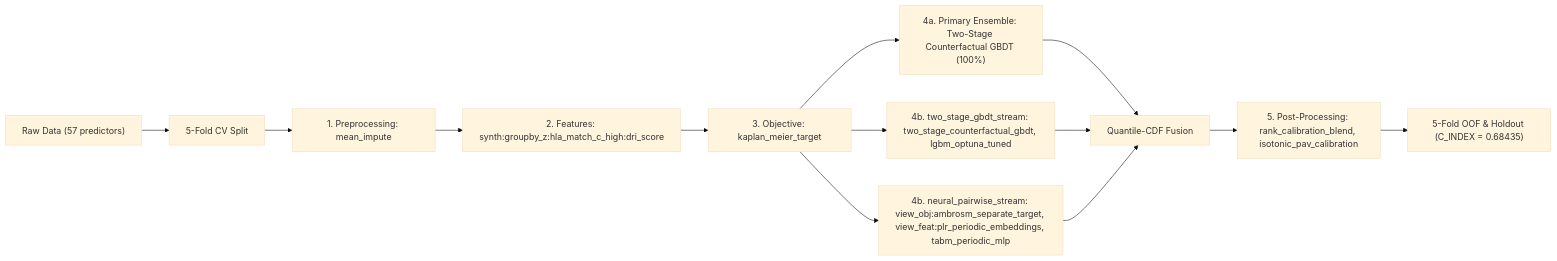
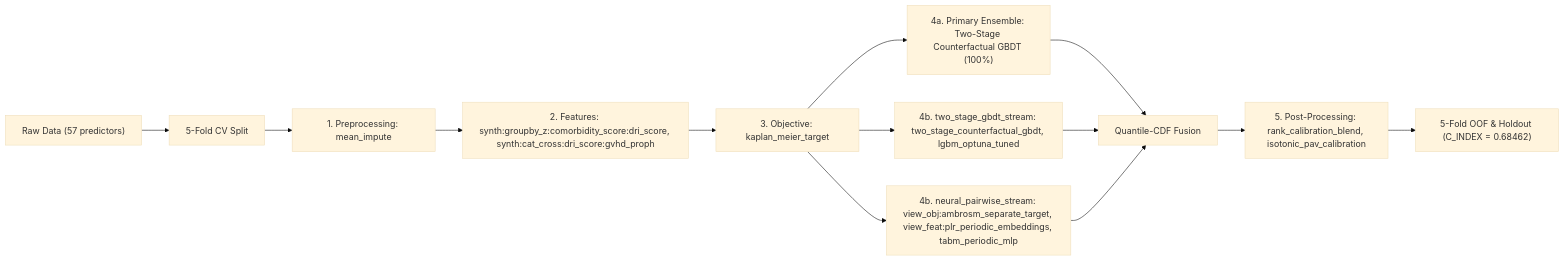
One commit to stefanoclss/CIBMTR-Equity-in-Post-HCT-Survival-Predictions changed the diagram in README.md. Above: the diagram before and after it, drawn with Mermaid (base theme). The commit also changed other lines of this file, not shown here.

First line of the commit message:
docs(readme): refresh verified OOF benchmark & build ledger (C_INDEX=0.68462)

````diff
--- a/README.md
+++ b/README.md
@@ -72,15 +73,15 @@
 ```mermaid
 flowchart LR
     DATA["Raw Data (57 predictors)"] --> SPLIT["5-Fold CV Split"]
     SPLIT --> PRE["1. Preprocessing: mean_impute"]
-    PRE --> FEAT["2. Features: synth:groupby_z:hla_match_c_high:dri_score"]
+    PRE --> FEAT["2. Features: synth:groupby_z:comorbidity_score:dri_score, synth:cat_cross:dri_score:gvhd_proph"]
     FEAT --> OBJ["3. Objective: kaplan_meier_target"]
     OBJ --> M0["4a. Primary Ensemble: Two-Stage Counterfactual GBDT (100%)"]
     M0 --> FUSE["Quantile-CDF Fusion"]
     OBJ --> S1["4b. two_stage_gbdt_stream: two_stage_counterfactual_gbdt, lgbm_optuna_tuned"]
     S1 --> FUSE
     OBJ --> S2["4b. neural_pairwise_stream: view_obj:ambrosm_separate_target, view_feat:plr_periodic_embeddings, tabm_periodic_mlp"]
     S2 --> FUSE
     FUSE --> POST["5. Post-Processing: rank_calibration_blend, isotonic_pav_calibration"]
-    POST --> OUT["5-Fold OOF & Holdout (C_INDEX = 0.68435)"]
+    POST --> OUT["5-Fold OOF & Holdout (C_INDEX = 0.68462)"]
 ```
````
